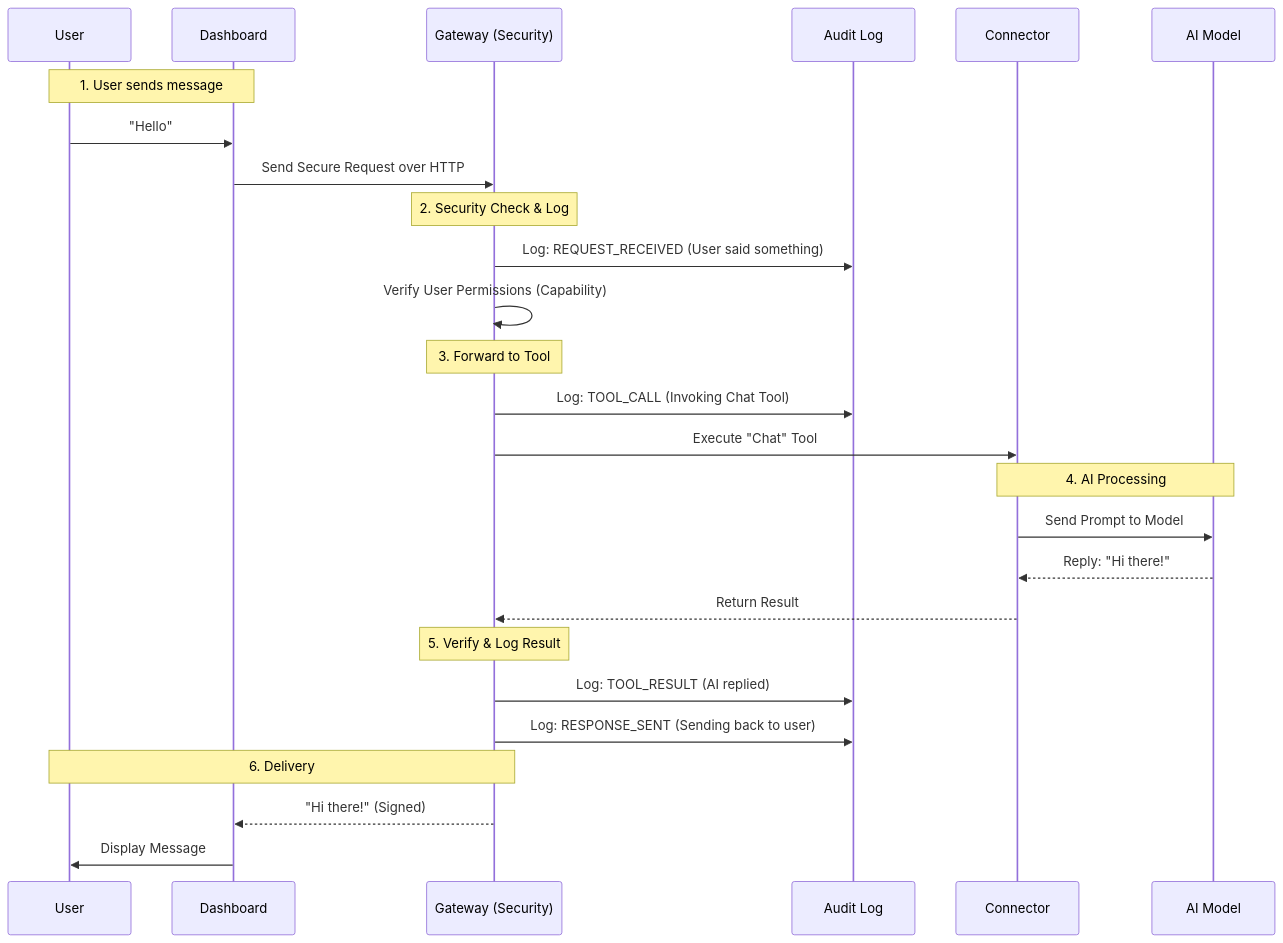
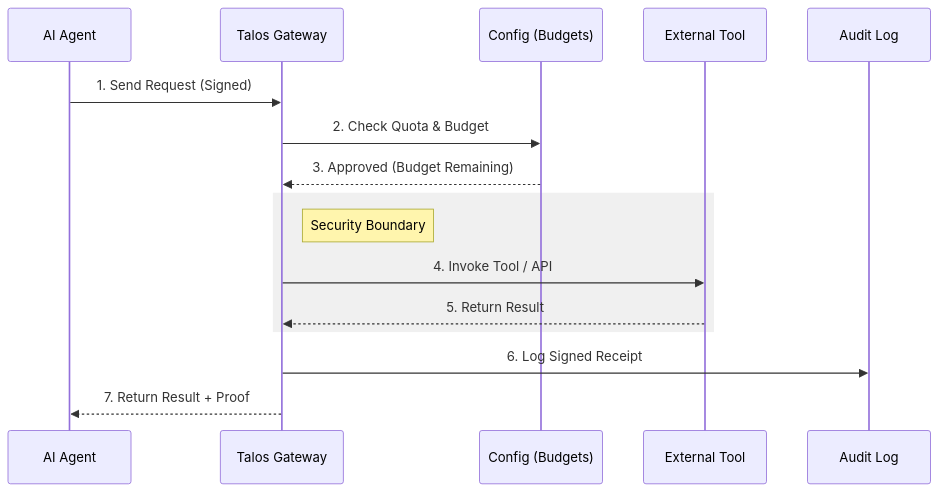
One commit to talosprotocol/talos-docs changed the second of 2 diagrams in architecture/simplified.md. Above: the diagram before and after it, drawn with Mermaid. The commit also changed other lines of this file and 3 other files, not shown here.

````diff
--- a/architecture/simplified.md
+++ b/architecture/simplified.md
@@ -21,34 +29,21 @@
 ```mermaid
 sequenceDiagram
-    participant U as User
-    participant D as Dashboard
-    participant G as Gateway (Security)
-    participant A as Audit Log
-    participant C as Connector
-    participant AI as AI Model
+    participant A as AI Agent
+    participant G as Talos Gateway
+    participant C as Config (Budgets)
+    participant T as External Tool
+    participant L as Audit Log
 
-    Note over U, D: 1. User sends message
-    U->>D: "Hello"
-    D->>G: Send Secure Request over HTTP
+    A->>G: 1. Send Request (Signed)
+    G->>C: 2. Check Quota & Budget
+    C-->>G: 3. Approved (Budget Remaining)
     
-    Note over G: 2. Security Check & Log
-    G->>A: Log: REQUEST_RECEIVED (User said something)
-    G->>G: Verify User Permissions (Capability)
-    
-    Note over G: 3. Forward to Tool
-    G->>A: Log: TOOL_CALL (Invoking Chat Tool)
-    G->>C: Execute "Chat" Tool
-    
-    Note over C, AI: 4. AI Processing
-    C->>AI: Send Prompt to Model
-    AI-->>C: Reply: "Hi there!"
-    C-->>G: Return Result
-    
-    Note over G: 5. Verify & Log Result
-    G->>A: Log: TOOL_RESULT (AI replied)
-    G->>A: Log: RESPONSE_SENT (Sending back to user)
-    
-    Note over G, U: 6. Delivery
-    G-->>D: "Hi there!" (Signed)
-    D->>U: Display Message
+    rect rgb(240, 240, 240)
+        Note right of G: Security Boundary
+        G->>T: 4. Invoke Tool / API
+        T-->>G: 5. Return Result
+    end
+
+    G->>L: 6. Log Signed Receipt
+    G-->>A: 7. Return Result + Proof
 ```
````
